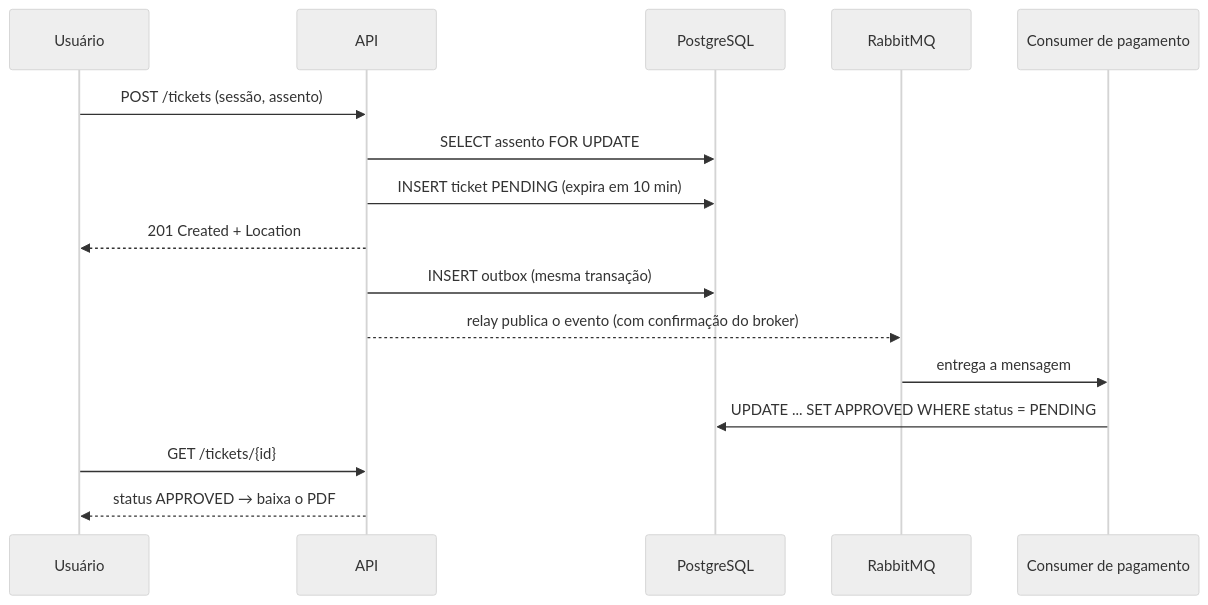
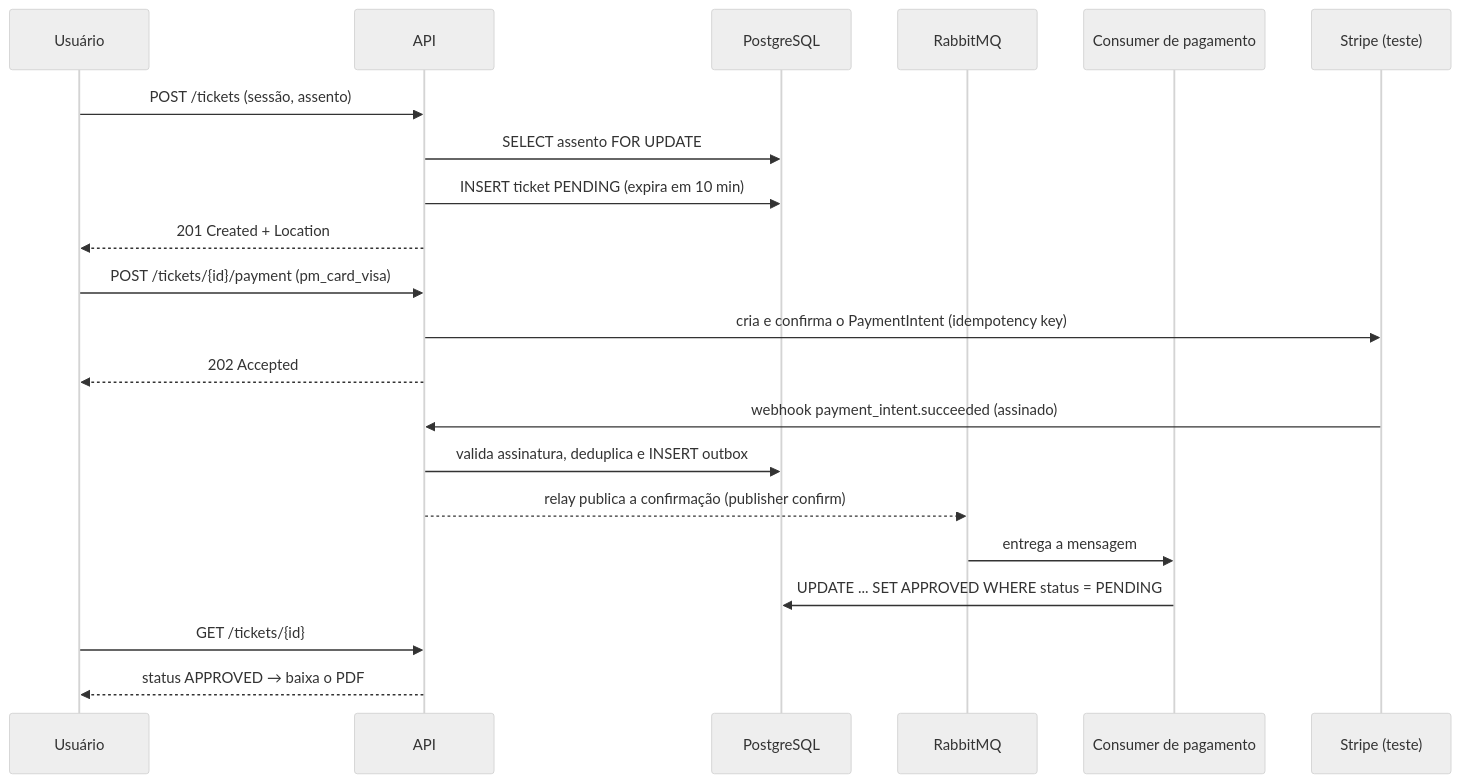
One commit to marcelofelixdev/cine-ticket-backend changed the second of 2 diagrams in README.md. Above: the diagram before and after it, drawn with Mermaid (neutral theme). The commit also changed other lines of this file and 48 other files, not shown here.

First line of the commit message:
feat: pagamento com Stripe em modo de teste e webhook assinado

````diff
--- a/README.md
+++ b/README.md
@@ -62,19 +65,25 @@
 ```mermaid
 sequenceDiagram
     participant U as Usuário
     participant A as API
     participant DB as PostgreSQL
     participant MQ as RabbitMQ
     participant PC as Consumer de pagamento
 
+    participant ST as Stripe (teste)
+
     U->>A: POST /tickets (sessão, assento)
     A->>DB: SELECT assento FOR UPDATE
     A->>DB: INSERT ticket PENDING (expira em 10 min)
     A-->>U: 201 Created + Location
-    A->>DB: INSERT outbox (mesma transação)
-    A-->>MQ: relay publica o evento (com confirmação do broker)
+    U->>A: POST /tickets/{id}/payment (pm_card_visa)
+    A->>ST: cria e confirma o PaymentIntent (idempotency key)
+    A-->>U: 202 Accepted
+    ST->>A: webhook payment_intent.succeeded (assinado)
+    A->>DB: valida assinatura, deduplica e INSERT outbox
+    A-->>MQ: relay publica a confirmação (publisher confirm)
     MQ->>PC: entrega a mensagem
     PC->>DB: UPDATE ... SET APPROVED WHERE status = PENDING
     U->>A: GET /tickets/{id}
     A-->>U: status APPROVED → baixa o PDF
 ```
````
